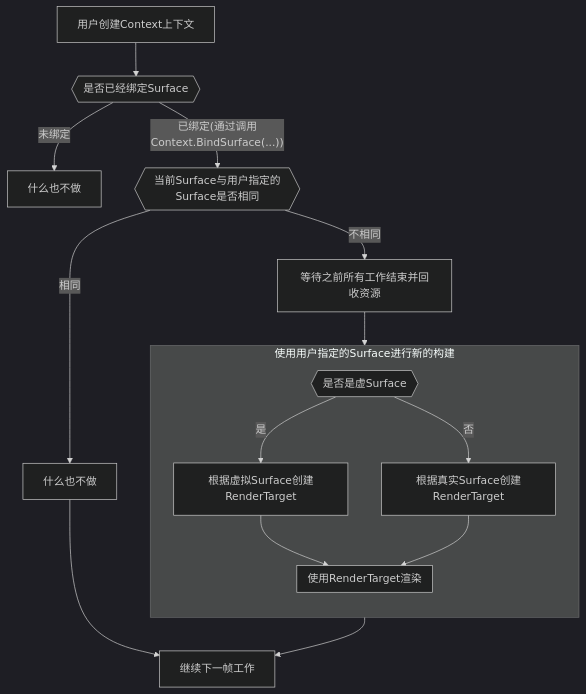
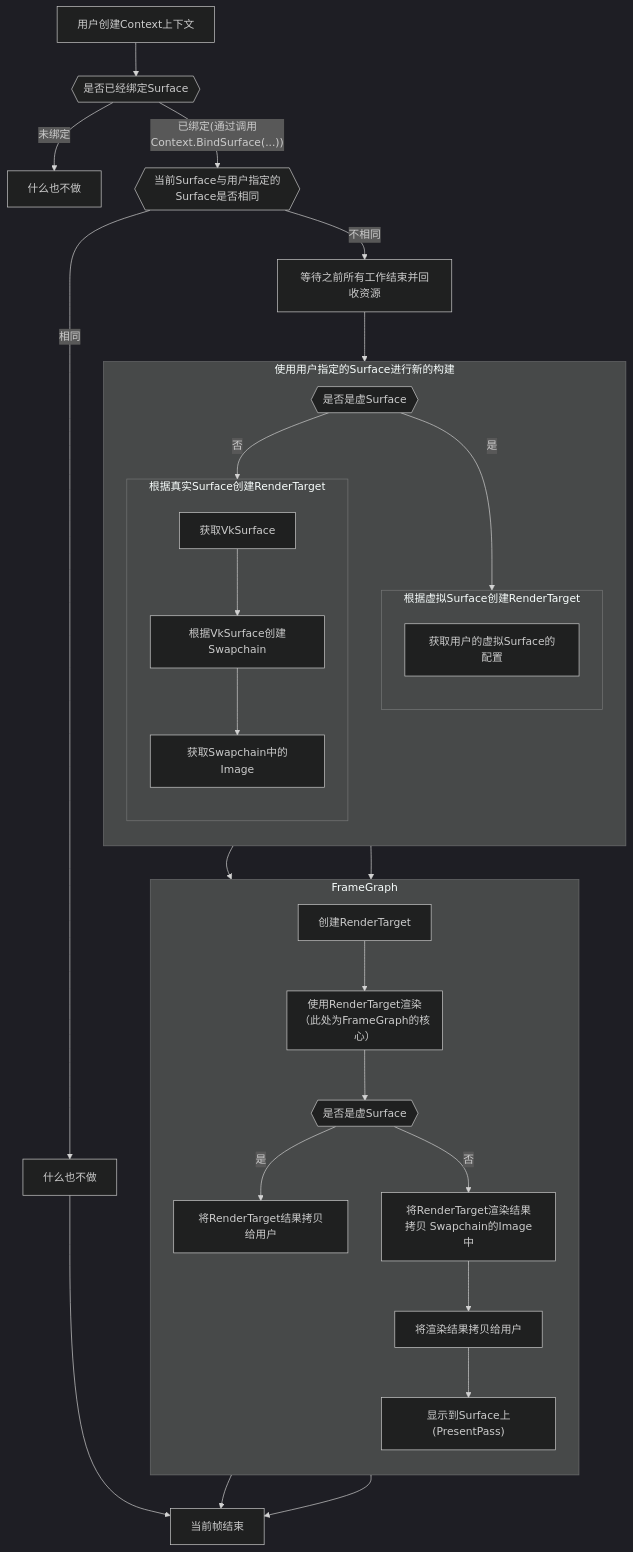
Before and after one commit to FuXiii/Turbo: the first of 2 diagrams in docs/Design/FrameGraphAdvance.md, drawn with Mermaid (dark theme). The commit also changed other lines of this file and 1 other file, not shown here.

Commit message:
update FgAdvance off-screen design doc

````diff
--- a/docs/Design/FrameGraphAdvance.md
+++ b/docs/Design/FrameGraphAdvance.md
@@ -828,23 +833,45 @@
 ```mermaid
  graph TD;
     UserCreateContext[用户创建Context上下文]
     UserCreateContext-->IsBindSurface{{是否已经绑定Surface}}
     IsBindSurface--未绑定-->DoNothingWithoutSurface[什么也不做]
     IsBindSurface--"已绑定(通过调用Context.BindSurface(...))"-->IsSurfaceSame[什么也不做]
     IsSurfaceSame{{当前Surface与用户指定的Surface是否相同}}--相同--->DoNothingForSameSurface[什么也不做]
     IsSurfaceSame--不相同-->WaitAll[等待之前所有工作结束并回收资源]
     subgraph RefreshSurface[使用用户指定的Surface进行新的构建]
         direction TB
         IsVirtualSurface{{是否是虚Surface}}
-        IsVirtualSurface--是-->CreateRenderTargetAccordingVirtualSurface[根据虚拟Surface创建RenderTarget]
-        IsVirtualSurface--否-->CreateRenderTargetAccordingRActualSurface[根据真实Surface创建RenderTarget]
-        subgraph UseRenderTarget["使用RenderTarget渲染"]
+            subgraph CreateRenderTargetAccordingVirtualSurface[根据虚拟Surface创建RenderTarget]
+                    direction TB
+                    GetVirtualSurfaceConfig[获取用户的虚拟Surface的配置]
+            end
+        IsVirtualSurface--是-->CreateRenderTargetAccordingVirtualSurface
+            subgraph CreateRenderTargetAccordingActualSurface[根据真实Surface创建RenderTarget]
+                direction TB
+                GetVkSurface[获取VkSurface] -->CreateSwapchain[根据VkSurface创建Swapchain]
+                CreateSwapchain-->GetImage[获取Swapchain中的Image]
+            end
+        IsVirtualSurface--否-->CreateRenderTargetAccordingActualSurface
+    end
+
+    subgraph FrameGraph["FrameGraph"]
+        direction TB
+        CreateRenderTargetForFG[创建RenderTarget]-->UseRenderTarget
+        subgraph UseRenderTarget["使用RenderTarget渲染（此处为FrameGraph的核心）"]
             direction TB
         end
-        CreateRenderTargetAccordingVirtualSurface-->UseRenderTarget
-        CreateRenderTargetAccordingRActualSurface-->UseRenderTarget
+        UseRenderTarget-->IsVirtualSurface1{{是否是虚Surface}}
+        IsVirtualSurface1--是-->CopyResultReturntoUser[将RenderTarget结果拷贝给用户]
+        IsVirtualSurface1--否-->CopyRenderTargetToSwapchainImage[将RenderTarget渲染结果拷贝 Swapchain的Image中]
+        CopyRenderTargetToSwapchainImage-->ToUser[将渲染结果拷贝给用户]
+        ToUser-->PresentSwapchainImage["显示到Surface上(PresentPass)"]
     end
+
+    
+    CreateRenderTargetAccordingVirtualSurface-->CreateRenderTargetForFG
+    CreateRenderTargetAccordingActualSurface-->CreateRenderTargetForFG
     WaitAll-->IsVirtualSurface
-    DoNothingForSameSurface-->Frame[继续下一帧工作]
-    UseRenderTarget-->Frame[继续下一帧工作]
+    DoNothingForSameSurface-->EndFrame[当前帧结束]
+    CopyResultReturntoUser-->EndFrame
+    PresentSwapchainImage-->EndFrame
  ```
````
